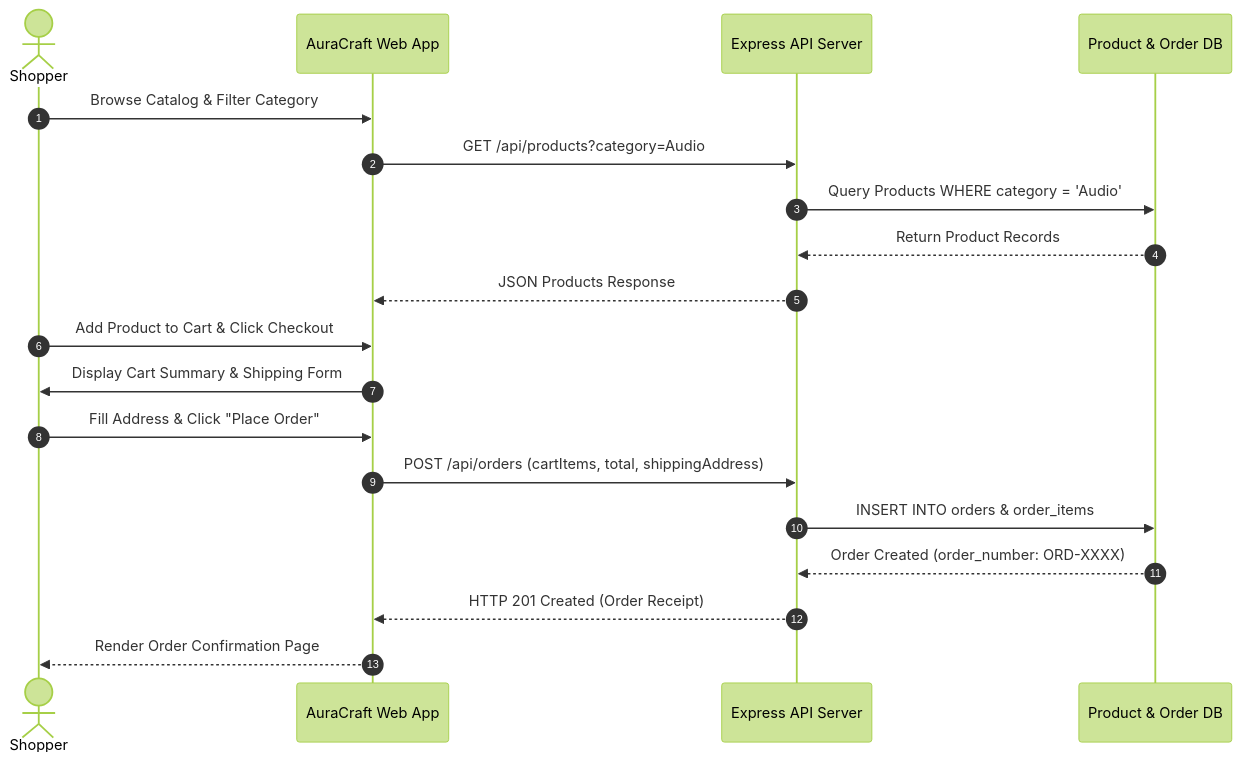
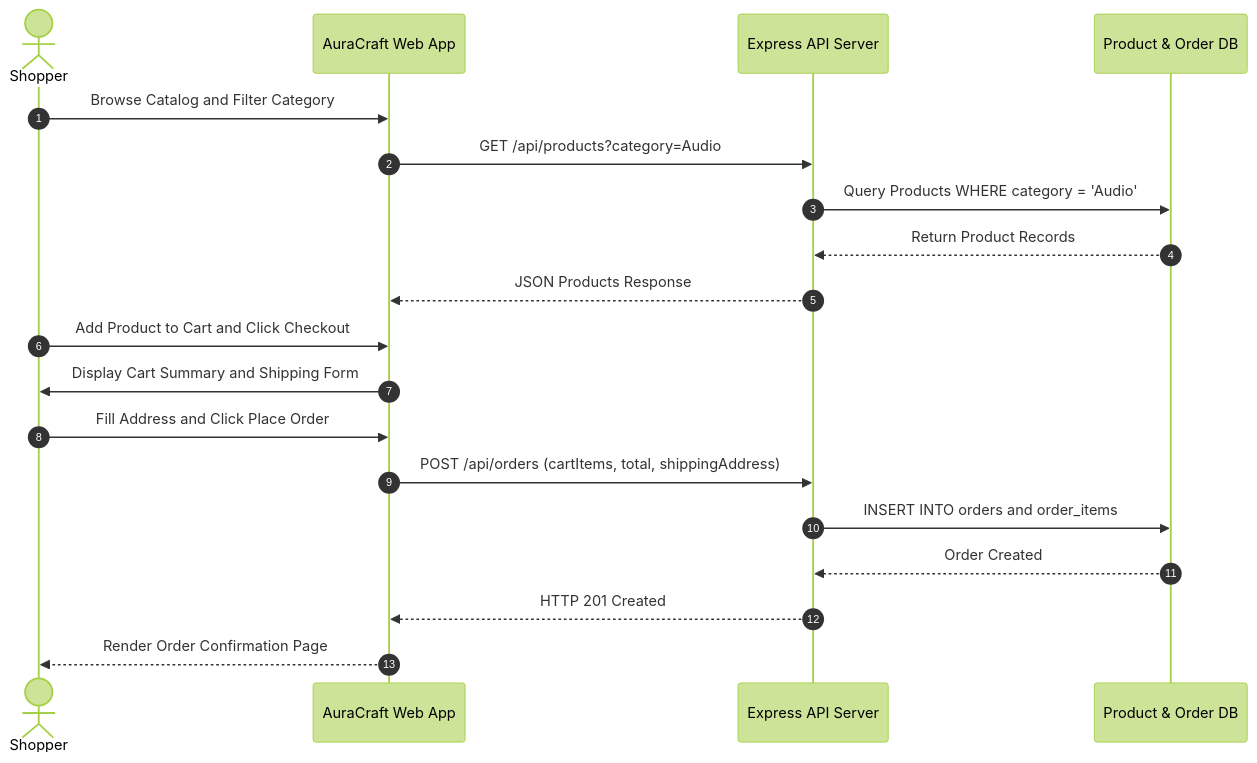
The second of 2 diagrams in README.md (Ramesh2200/ecommerce-app), drawn with Mermaid (forest theme) before and after one commit. The commit also changed other lines of this file, not shown here.

Commit message:
Fix GitHub Mermaid diagram syntax

````diff
--- a/README.md
+++ b/README.md
@@ -68,25 +68,25 @@
 ```mermaid
 sequenceDiagram
     autonumber
     actor Customer as Shopper
     participant Storefront as AuraCraft Web App
     participant API as Express API Server
     participant DB as Product & Order DB
 
-    Customer->>Storefront: Browse Catalog & Filter Category
+    Customer->>Storefront: Browse Catalog and Filter Category
     Storefront->>API: GET /api/products?category=Audio
     API->>DB: Query Products WHERE category = 'Audio'
     DB-->>API: Return Product Records
     API-->>Storefront: JSON Products Response
 
-    Customer->>Storefront: Add Product to Cart & Click Checkout
-    Storefront->>Customer: Display Cart Summary & Shipping Form
+    Customer->>Storefront: Add Product to Cart and Click Checkout
+    Storefront->>Customer: Display Cart Summary and Shipping Form
     
-    Customer->>Storefront: Fill Address & Click "Place Order"
+    Customer->>Storefront: Fill Address and Click Place Order
     Storefront->>API: POST /api/orders (cartItems, total, shippingAddress)
-    API->>DB: INSERT INTO orders & order_items
-    DB-->>API: Order Created (order_number: ORD-XXXX)
-    API-->>Storefront: HTTP 201 Created (Order Receipt)
+    API->>DB: INSERT INTO orders and order_items
+    DB-->>API: Order Created
+    API-->>Storefront: HTTP 201 Created
     
     Storefront-->>Customer: Render Order Confirmation Page
 ```
````
